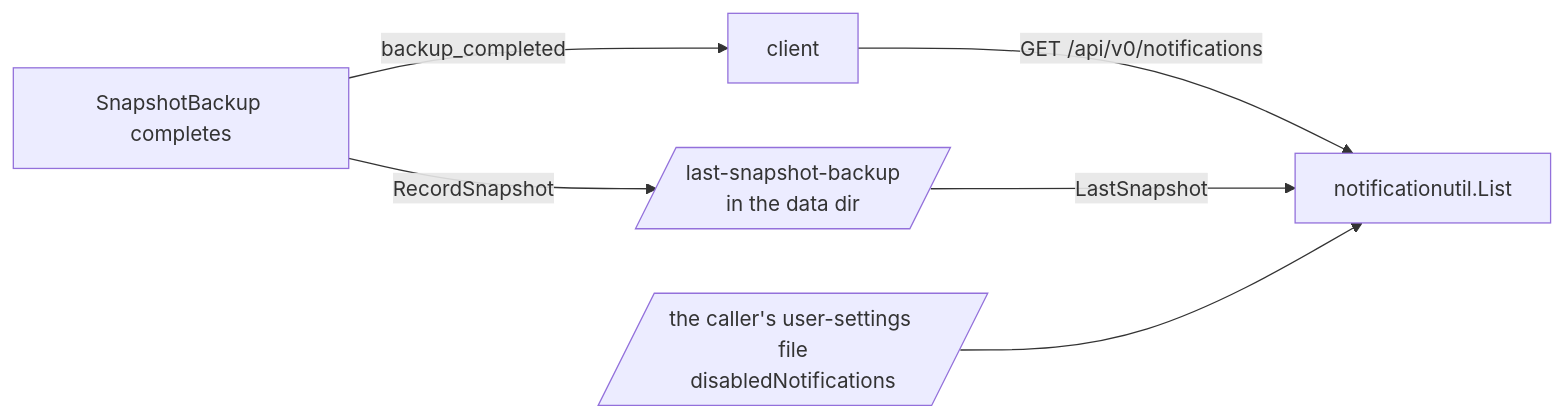
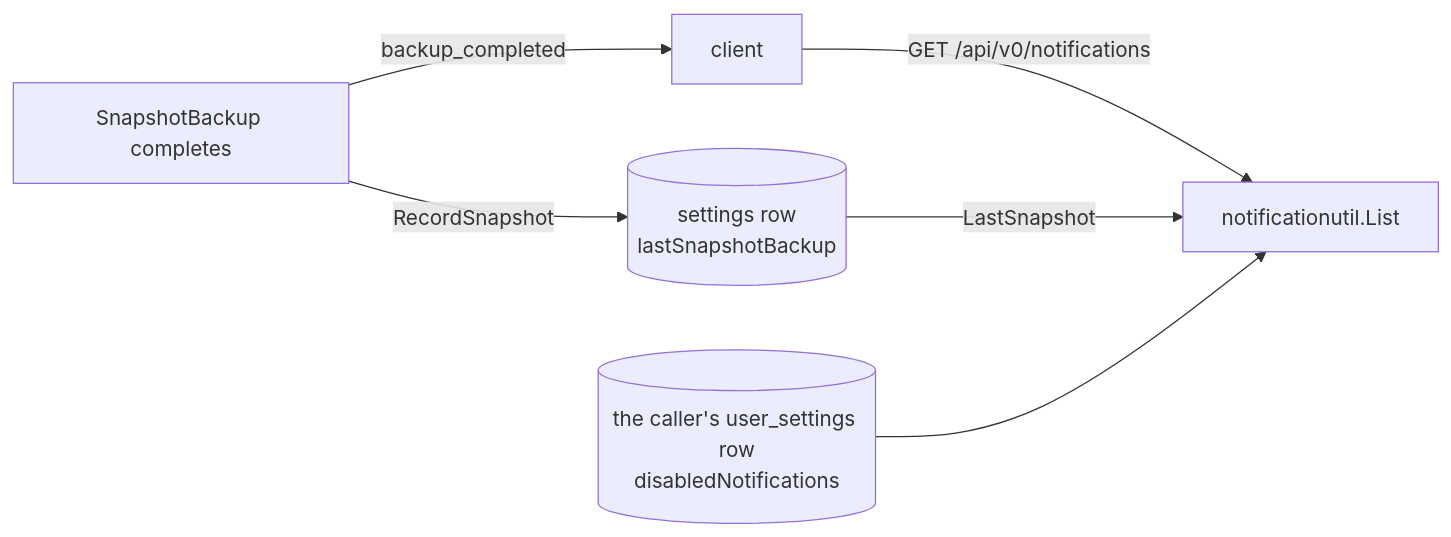
One commit to autobutler-org/quark changed the diagram in docs/architecture/backup.md. Above: the diagram before and after it, drawn with Mermaid. The commit also changed other lines of this file and 52 other files, not shown here.

````diff
--- a/docs/architecture/backup.md
+++ b/docs/architecture/backup.md
@@ -82,8 +82,8 @@
 ```mermaid
 flowchart LR
-    snapshot["SnapshotBackup completes"] -- "RecordSnapshot" --> record[/"last-snapshot-backup<br/>in the data dir"/]
+    snapshot["SnapshotBackup completes"] -- "RecordSnapshot" --> record[("settings row<br/>lastSnapshotBackup")]
     snapshot -- "backup_completed" --> client["client"]
     client -- "GET /api/v0/notifications" --> list["notificationutil.List"]
     record -- "LastSnapshot" --> list
-    prefs[/"the caller's user-settings file<br/>disabledNotifications"/] --> list
+    prefs[("the caller's user_settings row<br/>disabledNotifications")] --> list
 ```
````
